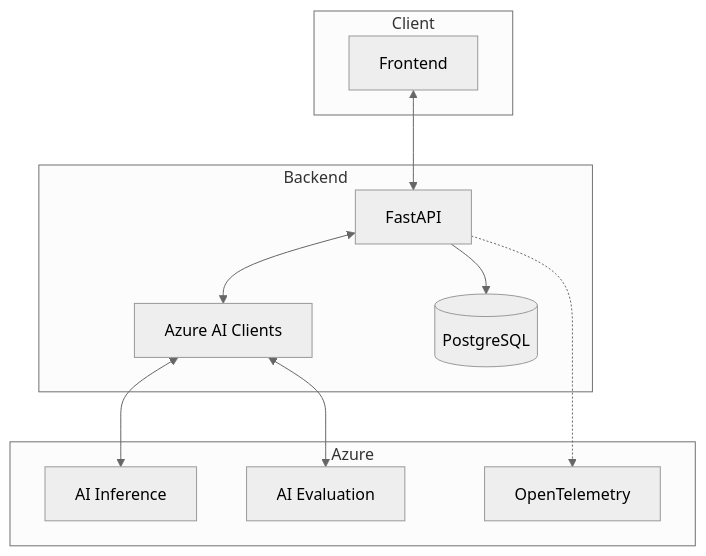
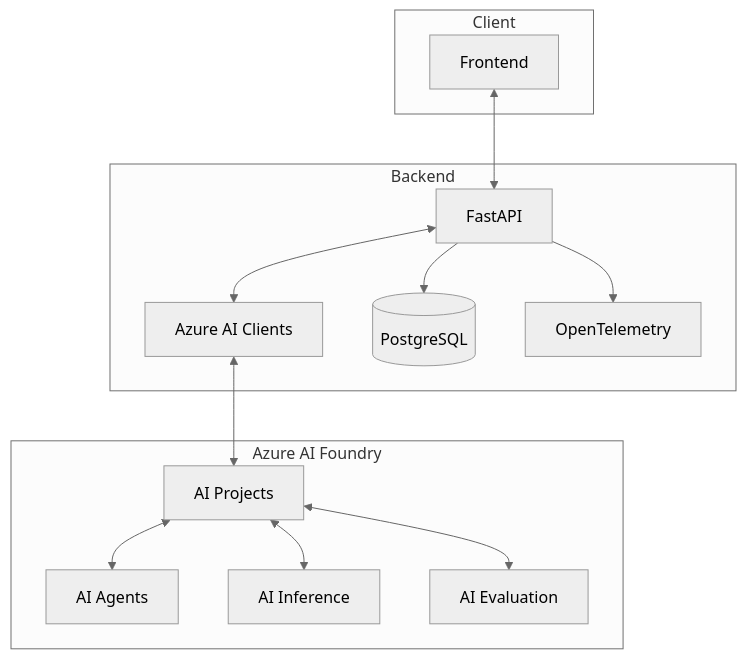
The first of 4 diagrams in 3-e2e-health-advisor-sample/backend/README.md (yujeny/ai-foundry-workshop), drawn with Mermaid (neutral theme) before and after one commit. The commit also changed other lines of this file and 10 other files, not shown here.

````diff
--- a/3-e2e-health-advisor-sample/backend/README.md
+++ b/3-e2e-health-advisor-sample/backend/README.md
@@ -64,25 +107,29 @@
 ```mermaid
 flowchart TB
     subgraph Client
         FE[Frontend]
     end
     
     subgraph Backend
         API[FastAPI]
         AI[Azure AI Clients]
         DB[(PostgreSQL)]
+        TEL[OpenTelemetry]
     end
     
-    subgraph Azure
+    subgraph Azure["Azure AI Foundry"]
+        PRJ[AI Projects]
+        AGT[AI Agents]
         INF[AI Inference]
         EVAL[AI Evaluation]
-        TEL[OpenTelemetry]
     end
     
     FE <--> API
     API <--> AI
-    AI <--> INF
-    AI <--> EVAL
+    AI <--> PRJ
+    PRJ <--> AGT
+    PRJ <--> INF
+    PRJ <--> EVAL
     API --> DB
-    API -.-> TEL
+    API --> TEL
 ```
````
